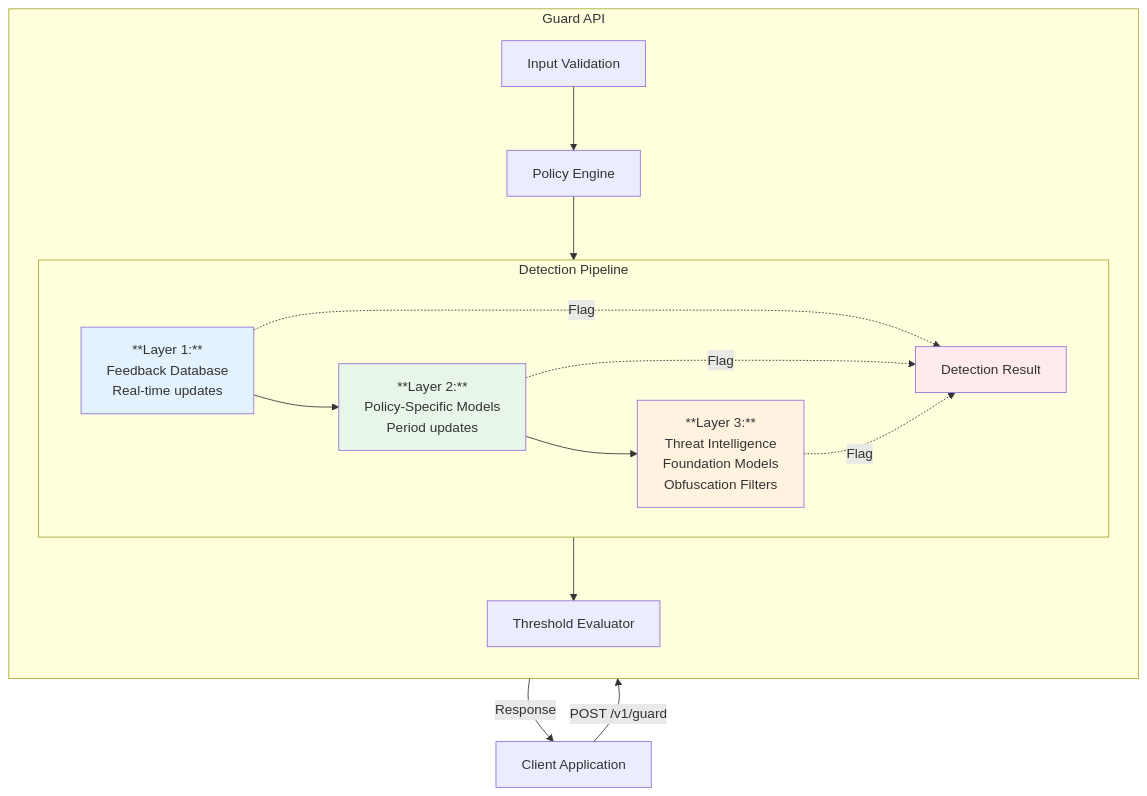
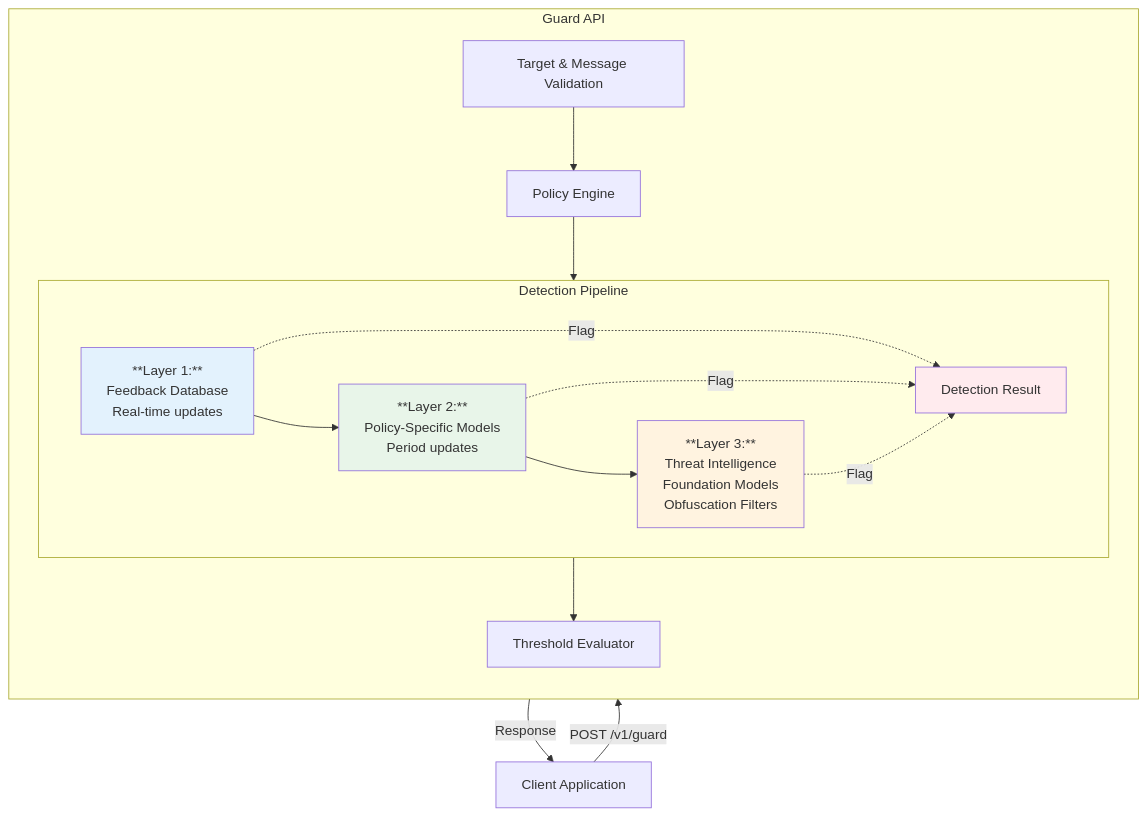
The diagram in platform/feedbacks.mdx (GuardionAI/docs), drawn with Mermaid before and after one commit.

Commit message:
Update mermaid diagram

````diff
--- a/platform/feedbacks.mdx
+++ b/platform/feedbacks.mdx
@@ -79,42 +79,42 @@
 ```mermaid
 flowchart TB
     Client[Client Application]
     
     Client -->|POST /v1/guard| API[Guard API]
     
     subgraph API[Guard API]
         direction TB
         
-        Input[Input Validation]
+        Input[Target & Message Validation]
         Policy[Policy Engine]
         Detection[Detection Pipeline]
         Eval[Threshold Evaluator]
         
         Input --> Policy
         Policy --> Detection
         Detection --> Eval
     end
     
     subgraph Detection[Detection Pipeline]
         direction LR
         
         L1[**Layer 1:**<br/>Feedback Database<br/>Real-time updates]
         L2[**Layer 2:**<br/>Policy-Specific Models<br/>Period updates]
         L3[**Layer 3:**<br/>Threat Intelligence<br/>Foundation Models<br/>Obfuscation Filters<br/>]
         
         L1 --> L2
         L2 --> L3
         
         L1 -.->|Flag| Result[Detection Result]
         L2 -.->|Flag| Result
         L3 -.->|Flag| Result
     end
     
     Eval -->|Response| Client
     
     style L1 fill:#e3f2fd
     style L2 fill:#e8f5e9
     style L3 fill:#fff3e0
     style Result fill:#ffebee
     
 ```
````
